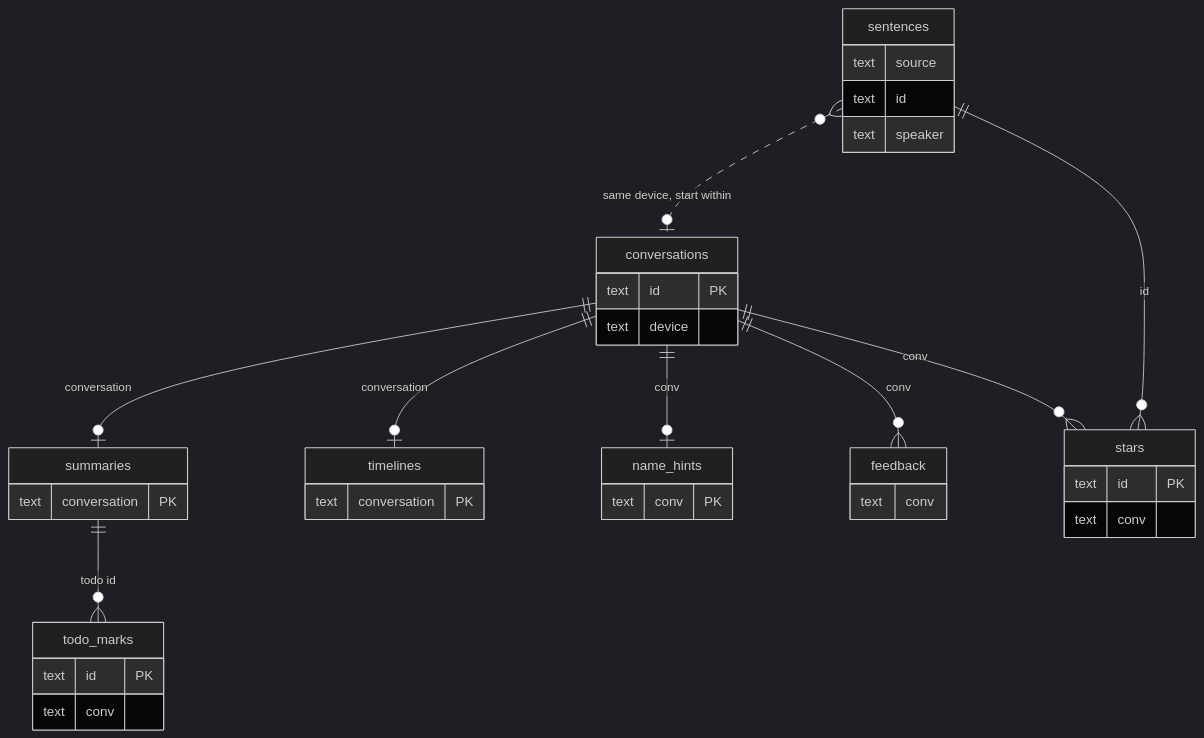
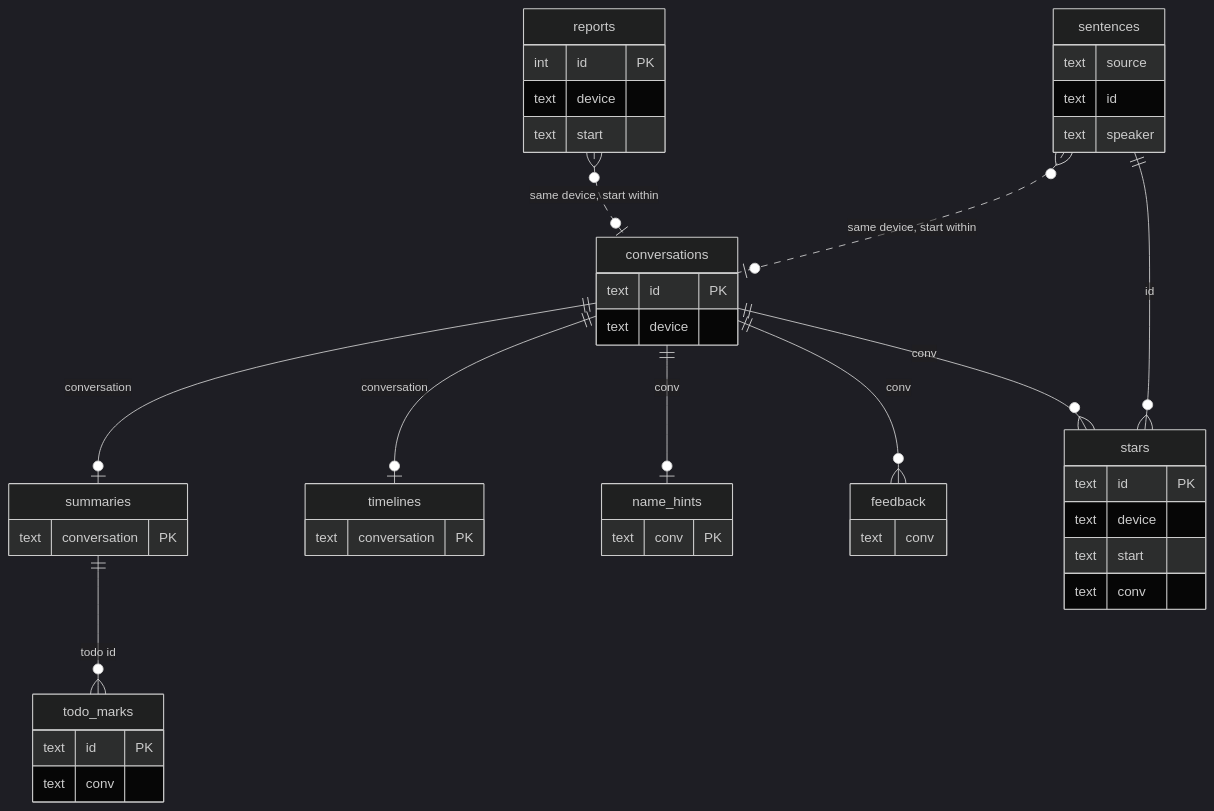
Before and after one commit to suyiiyii/alldayrec: the second of 5 diagrams in docs/en/explanation/domain-model.md, drawn with Mermaid (dark theme). The commit also changed other lines of this file and 28 other files, not shown here.

````diff
--- a/docs/en/explanation/domain-model.md
+++ b/docs/en/explanation/domain-model.md
@@ -186,41 +187,49 @@
 ```mermaid
 erDiagram
     conversations {
         text id PK
         text device
     }
     summaries {
         text conversation PK
     }
     sentences {
         text source
         text id
         text speaker
     }
     timelines {
         text conversation PK
     }
     name_hints {
         text conv PK
     }
     feedback {
         text conv
     }
     todo_marks {
         text id PK
         text conv
     }
     stars {
         text id PK
+        text device
+        text start
         text conv
+    }
+    reports {
+        int id PK
+        text device
+        text start
     }
 
     conversations ||--o| summaries : "conversation"
     conversations ||--o| timelines : "conversation"
     conversations ||--o| name_hints : "conv"
     conversations ||--o{ feedback : "conv"
     summaries ||--o{ todo_marks : "todo id"
     conversations ||--o{ stars : "conv"
     sentences ||--o{ stars : "id"
+    reports }o..o| conversations : "same device, start within"
     sentences }o..o| conversations : "same device, start within"
 ```
````
